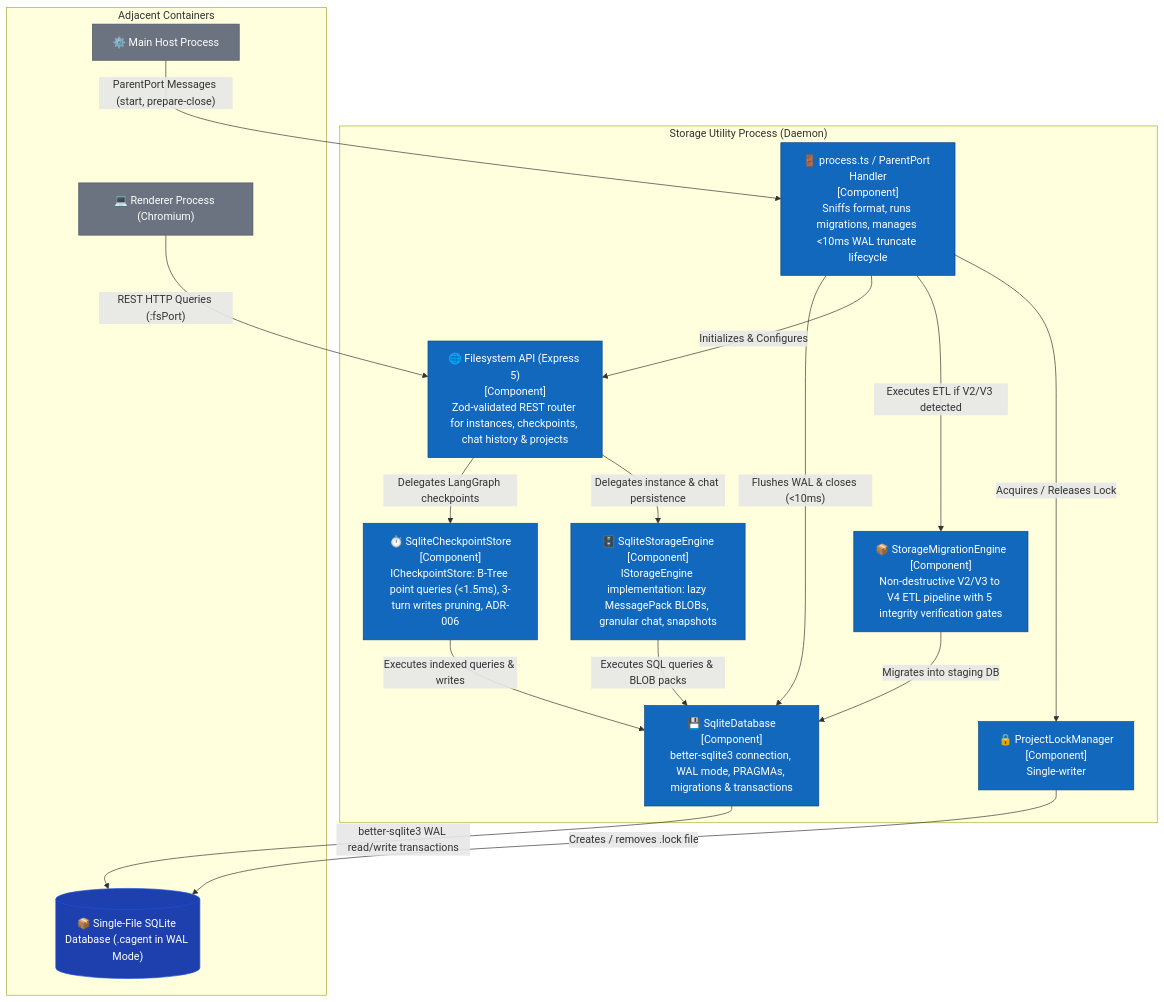
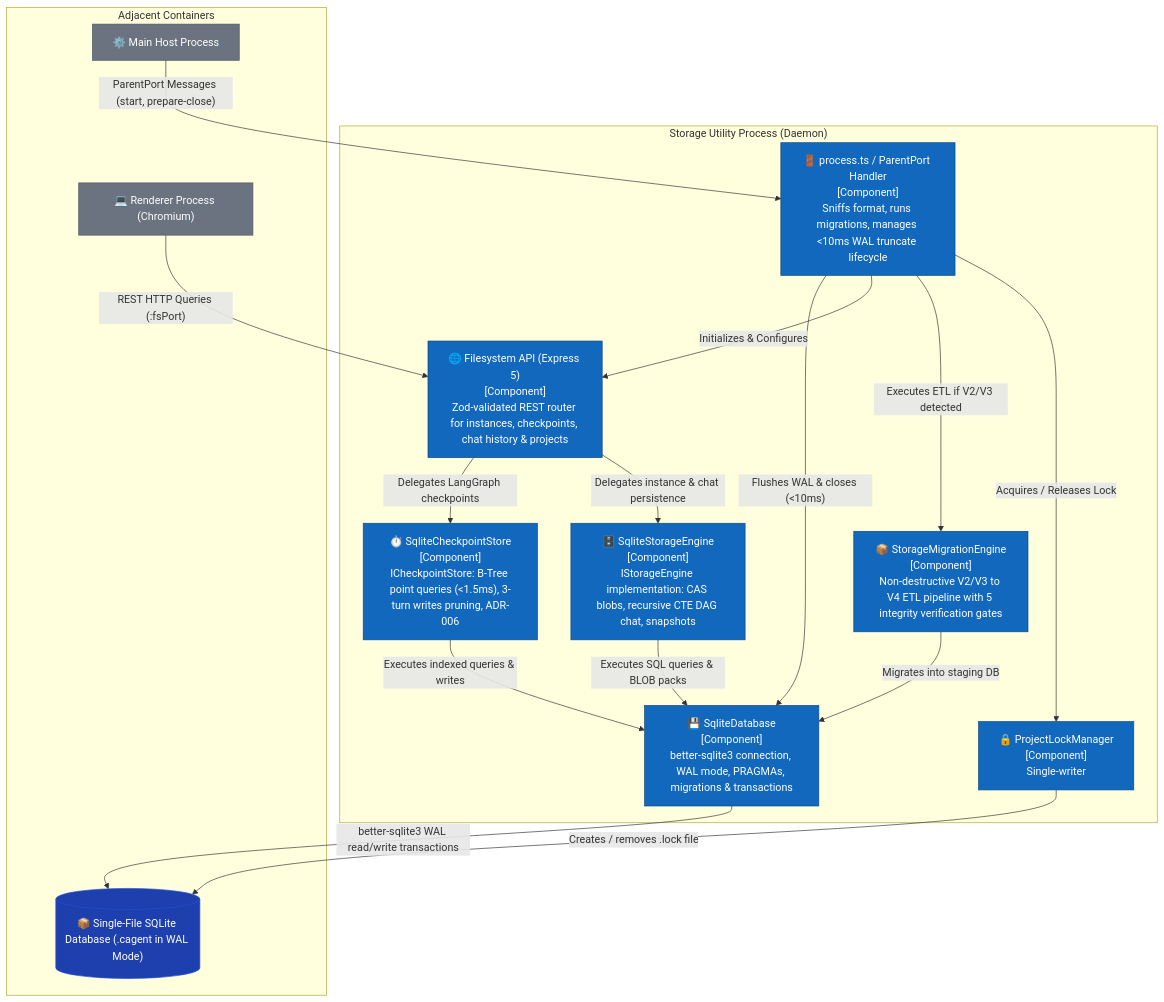
One commit to Goldwaterfung/Collaragent changed the sixth of 17 diagrams in docs/design-catalog/README.md. Above: the diagram before and after it, drawn with Mermaid. The commit also changed other lines of this file and 595 other files, not shown here.

Commit message:
ci: Refactor architecture to event-driven, eliminate hardcoded timeout

````diff
--- a/docs/design-catalog/README.md
+++ b/docs/design-catalog/README.md
@@ -351,42 +361,42 @@
 ```mermaid
 flowchart TB
     %% C3 Utility Server Styling
     classDef component fill:#1168bd,stroke:#0b4884,color:#fff;
     classDef database fill:#1e40af,stroke:#1d4ed8,color:#fff;
     classDef external fill:#6b7280,stroke:#4b5563,color:#fff;
     classDef boundary fill:none,stroke:#94a3b8,stroke-width:2px,stroke-dasharray: 5 5;
 
     subgraph UtilityProcessDaemon ["Storage Utility Process (Daemon)"]
         ProcEntry["🚪 process.ts / ParentPort Handler<br/>[Component]<br/>Sniffs format, runs migrations, manages <10ms WAL truncate lifecycle"]:::component
         FSApi["🌐 Filesystem API (Express 5)<br/>[Component]<br/>Zod-validated REST router for instances, checkpoints, chat history & projects"]:::component
-        SqliteEngine["🗄️ SqliteStorageEngine<br/>[Component]<br/>IStorageEngine implementation: lazy MessagePack BLOBs, granular chat, snapshots"]:::component
+        SqliteEngine["🗄️ SqliteStorageEngine<br/>[Component]<br/>IStorageEngine implementation: CAS blobs, recursive CTE DAG chat, snapshots"]:::component
         CheckpointStore["⏱️ SqliteCheckpointStore<br/>[Component]<br/>ICheckpointStore: B-Tree point queries (<1.5ms), 3-turn writes pruning, ADR-006"]:::component
         DbManager["💾 SqliteDatabase<br/>[Component]<br/>better-sqlite3 connection, WAL mode, PRAGMAs, migrations & transactions"]:::component
         LockManager["🔒 ProjectLockManager<br/>[Component]<br/>Single-writer <path>.cagent.lock with dead PID auto-recovery"]:::component
         MigrationEngine["📦 StorageMigrationEngine<br/>[Component]<br/>Non-destructive V2/V3 to V4 ETL pipeline with 5 integrity verification gates"]:::component
     end
 
     subgraph ExternalContainers ["Adjacent Containers"]
         MainHost["⚙️ Main Host Process"]:::external
         RendererUI["💻 Renderer Process (Chromium)"]:::external
         ProjectDb[("📦 Single-File SQLite Database (.cagent in WAL Mode)")]:::database
     end
 
     MainHost -->|"ParentPort Messages (start, prepare-close)"| ProcEntry
     RendererUI -->|"REST HTTP Queries (:fsPort)"| FSApi
 
     ProcEntry -->|"Acquires / Releases Lock"| LockManager
     ProcEntry -->|"Executes ETL if V2/V3 detected"| MigrationEngine
     ProcEntry -->|"Initializes & Configures"| FSApi
     ProcEntry -->|"Flushes WAL & closes (<10ms)"| DbManager
 
     FSApi -->|"Delegates instance & chat persistence"| SqliteEngine
     FSApi -->|"Delegates LangGraph checkpoints"| CheckpointStore
 
     MigrationEngine -->|"Migrates into staging DB"| DbManager
     SqliteEngine -->|"Executes SQL queries & BLOB packs"| DbManager
     CheckpointStore -->|"Executes indexed queries & writes"| DbManager
 
     DbManager -->|"better-sqlite3 WAL read/write transactions"| ProjectDb
     LockManager -->|"Creates / removes .lock file"| ProjectDb
 ```
````
